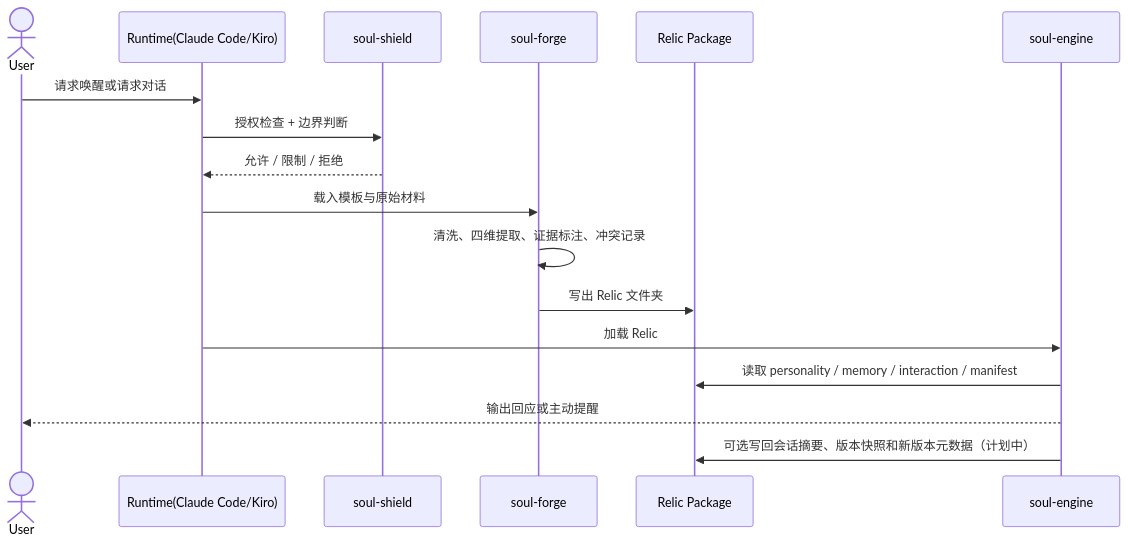
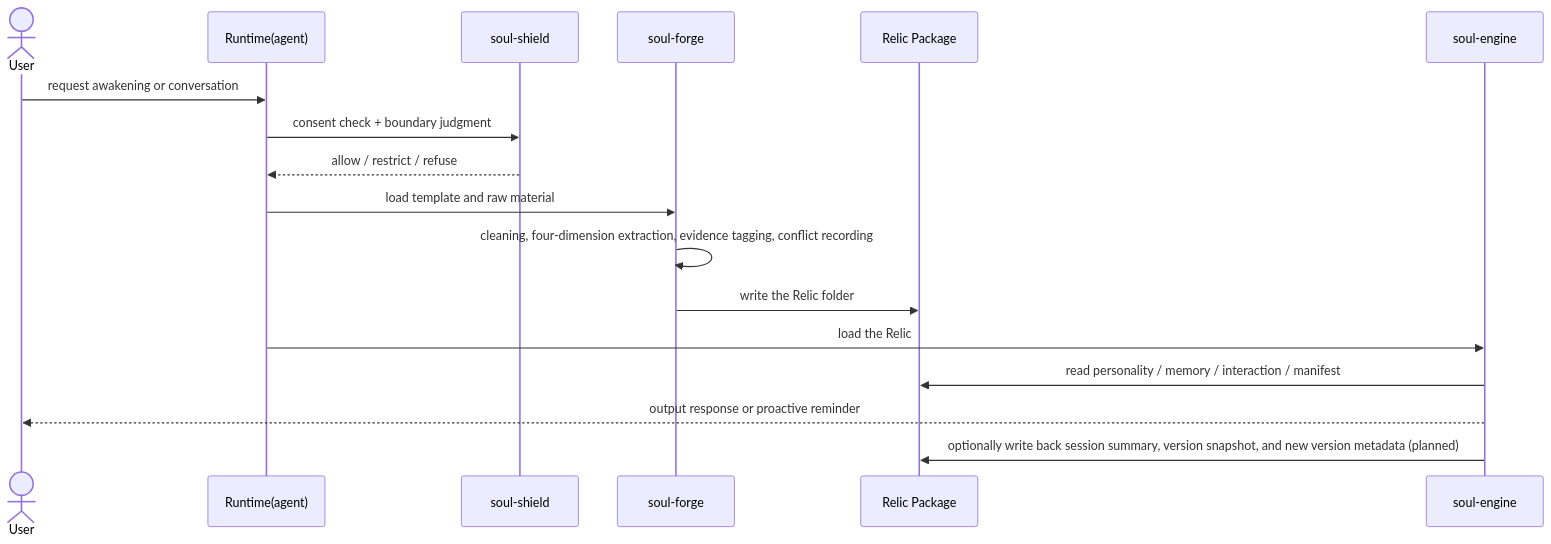
The second of 2 diagrams in docs/ARCHITECTURE.md (Ylsssq926/relic.skill), drawn with Mermaid before and after one commit. The commit also changed other lines of this file and 61 other files, not shown here.

````diff
--- a/docs/ARCHITECTURE.md
+++ b/docs/ARCHITECTURE.md
@@ -74,20 +74,20 @@
 ```mermaid
 sequenceDiagram
     actor U as User
-    participant R as Runtime(Claude Code/Kiro)
+    participant R as Runtime(agent)
     participant S as soul-shield
     participant F as soul-forge
     participant P as Relic Package
     participant E as soul-engine
 
-    U->>R: 请求唤醒或请求对话
-    R->>S: 授权检查 + 边界判断
-    S-->>R: 允许 / 限制 / 拒绝
-    R->>F: 载入模板与原始材料
-    F->>F: 清洗、四维提取、证据标注、冲突记录
-    F->>P: 写出 Relic 文件夹
-    R->>E: 加载 Relic
-    E->>P: 读取 personality / memory / interaction / manifest
-    E-->>U: 输出回应或主动提醒
-    E->>P: 可选写回会话摘要、版本快照和新版本元数据（计划中）
+    U->>R: request awakening or conversation
+    R->>S: consent check + boundary judgment
+    S-->>R: allow / restrict / refuse
+    R->>F: load template and raw material
+    F->>F: cleaning, four-dimension extraction, evidence tagging, conflict recording
+    F->>P: write the Relic folder
+    R->>E: load the Relic
+    E->>P: read personality / memory / interaction / manifest
+    E-->>U: output response or proactive reminder
+    E->>P: optionally write back session summary, version snapshot, and new version metadata (planned)
 ```
````
